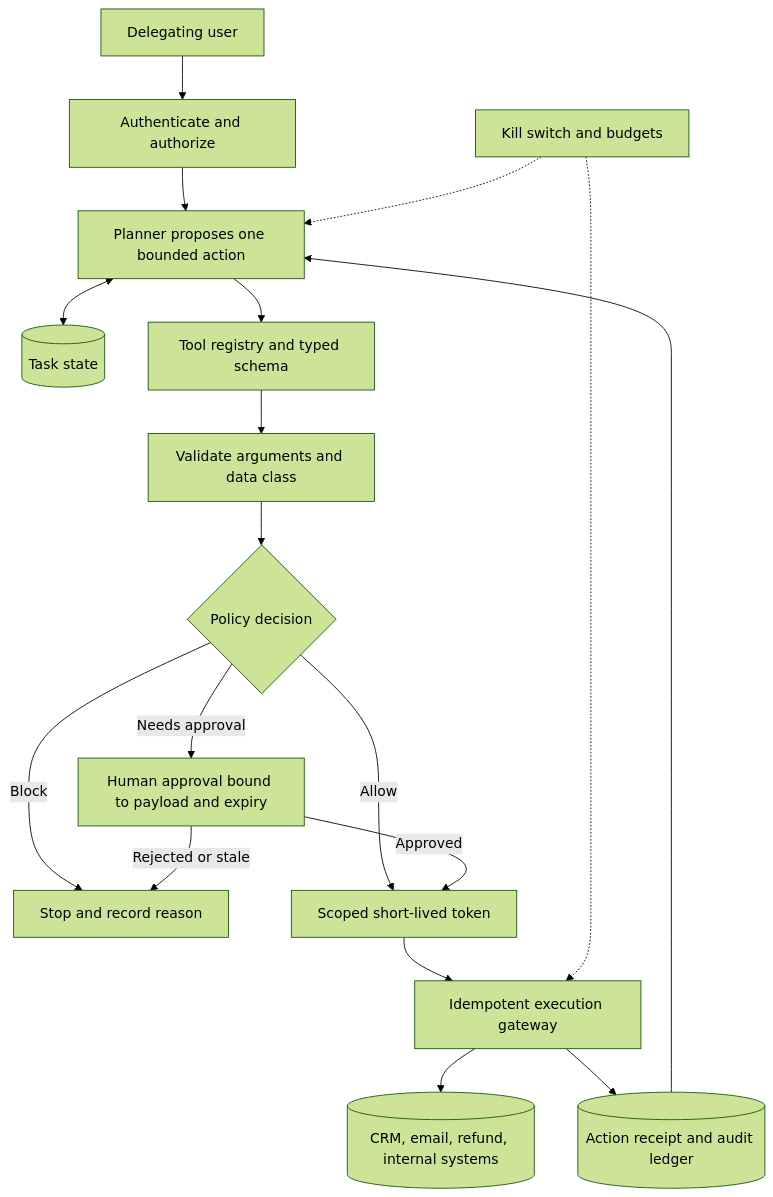
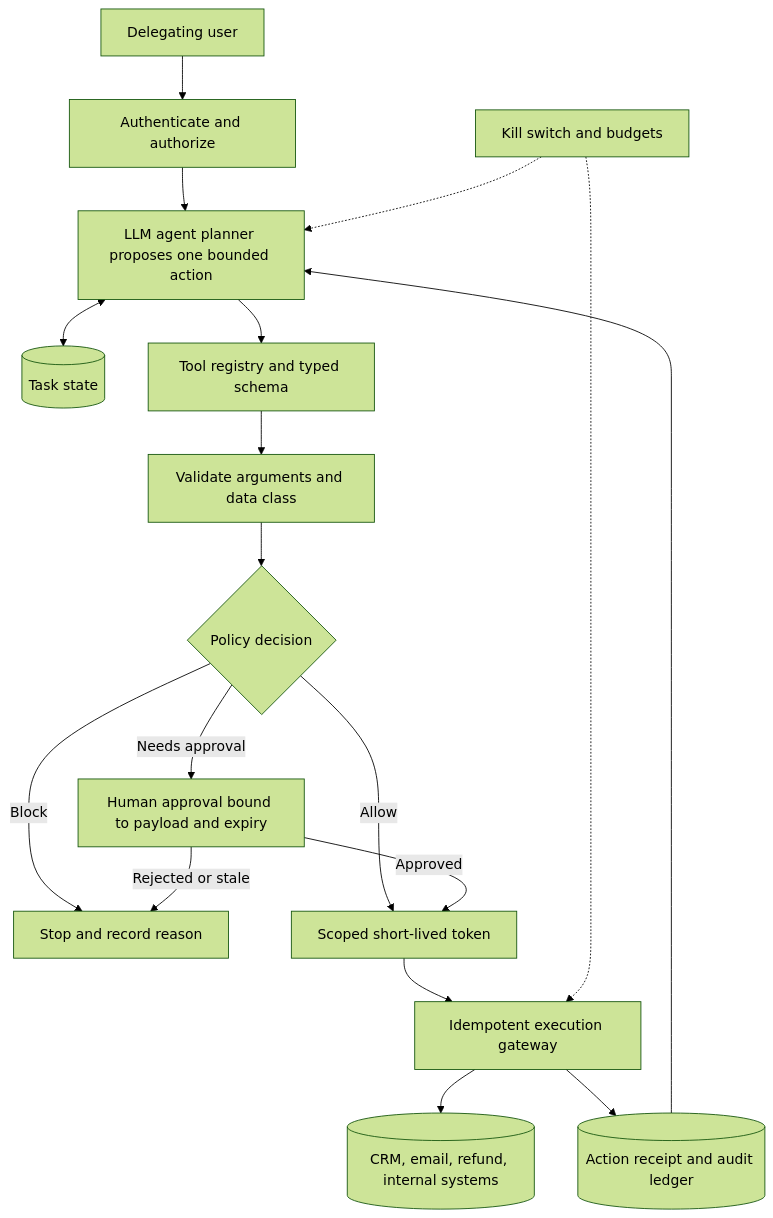
The diagram in 06_Interview_Prep/Case_Study_Groups/G03_Tool_Using_Agent_With_Safety_Controls/G03_Tool_Using_Agent_With_Safety_Controls_Main.md (Sourav692/AI-ENGINEERING-DEMYSTIFIED), drawn with Mermaid (forest theme) before and after one commit. The commit also changed other lines of this file and 14 other files, not shown here.

Commit message:
Clarify LLM and agent roles across G01-G05 interview guides

````diff
--- a/06_Interview_Prep/Case_Study_Groups/G03_Tool_Using_Agent_With_Safety_Controls/G03_Tool_Using_Agent_With_Safety_Controls_Main.md
+++ b/06_Interview_Prep/Case_Study_Groups/G03_Tool_Using_Agent_With_Safety_Controls/G03_Tool_Using_Agent_With_Safety_Controls_Main.md
@@ -68,20 +68,20 @@
 ```mermaid
 flowchart TB
     USER[Delegating user] --> EDGE[Authenticate and authorize]
-    EDGE --> PLAN[Planner proposes one bounded action]
+    EDGE --> PLAN[LLM agent planner proposes one bounded action]
     PLAN <--> STATE[(Task state)]
     PLAN --> REG[Tool registry and typed schema]
     REG --> VALID[Validate arguments and data class]
     VALID --> PDP{Policy decision}
     PDP -->|Block| STOP[Stop and record reason]
     PDP -->|Needs approval| APR[Human approval bound to payload and expiry]
     PDP -->|Allow| BROKER[Scoped short-lived token]
     APR -->|Approved| BROKER
     APR -->|Rejected or stale| STOP
     BROKER --> GATE[Idempotent execution gateway]
     GATE --> SYS[(CRM, email, refund, internal systems)]
     GATE --> RECEIPT[(Action receipt and audit ledger)]
     RECEIPT --> PLAN
     KILL[Kill switch and budgets] -.-> PLAN
     KILL -.-> GATE
 ```
````
